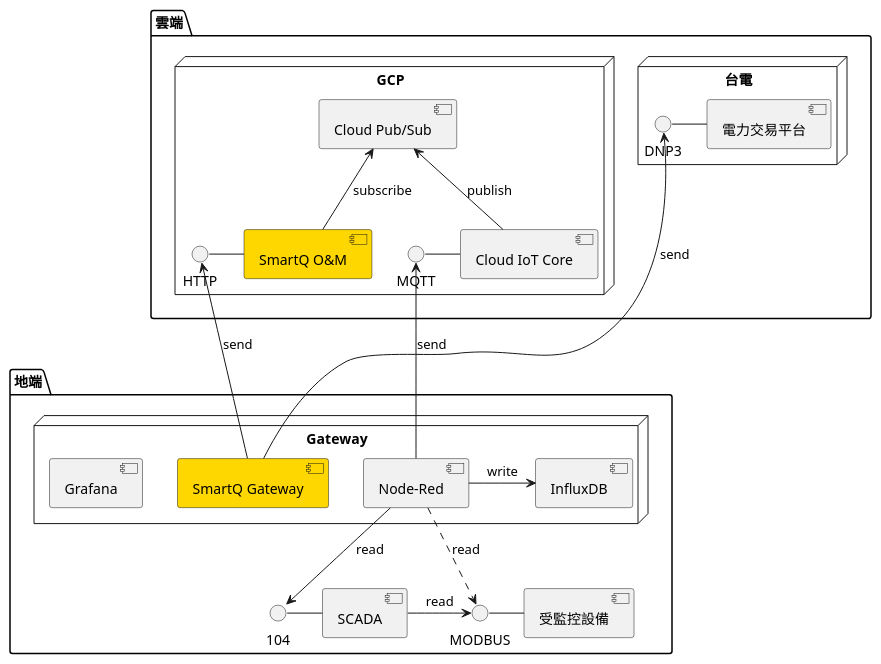
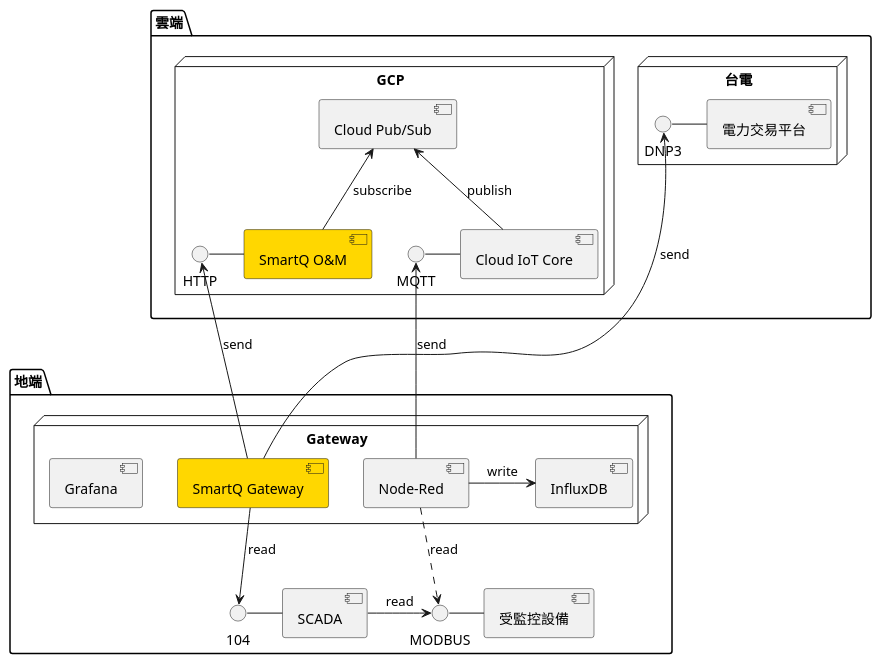
Before and after one commit to ubuntu11/learning-practice: the first of 2 diagrams in uml/smartq.puml, drawn with PlantUML. The commit also changed 1 other file, not shown here.

Commit message:
let smart gw talk to device with 104 protocol; add folder to store jupyter notebooks

```diff
--- a/uml/smartq.puml
+++ b/uml/smartq.puml
@@ -5,39 +5,39 @@
 @startuml
 skinparam sequenceMessageAlign center
 skinparam backgroundColor transparent
 
 package "雲端" {
   node "台電" {
   DNP3 - [電力交易平台]
   }
 
   node "GCP" {
   component [SmartQ O&M] #Gold
   HTTP - [SmartQ O&M]
   MQTT - [Cloud IoT Core]
   [Cloud Pub/Sub]
   }
 }
 
 package "地端" {
   node "Gateway" {
     [Node-Red]
     component [SmartQ Gateway] #Gold
     [InfluxDB]
     [Grafana]
   }
   104 - [SCADA]
   MODBUS - [受監控設備]
 }
 
 [Cloud IoT Core] -u-> [Cloud Pub/Sub] : publish
 [SmartQ O&M] -u-> [Cloud Pub/Sub] : subscribe
 [SmartQ Gateway] -up-> HTTP : send
 [SmartQ Gateway] -up-> DNP3 : send
 [Node-Red] -up-> MQTT : send
 [SCADA] -right-> MODBUS : read
-[Node-Red] -down-> 104 : read
+[SmartQ Gateway] -down-> 104 : read
 [Node-Red] .down.> MODBUS : read
 [Node-Red] -right-> [InfluxDB] : write
 
 @enduml
```
